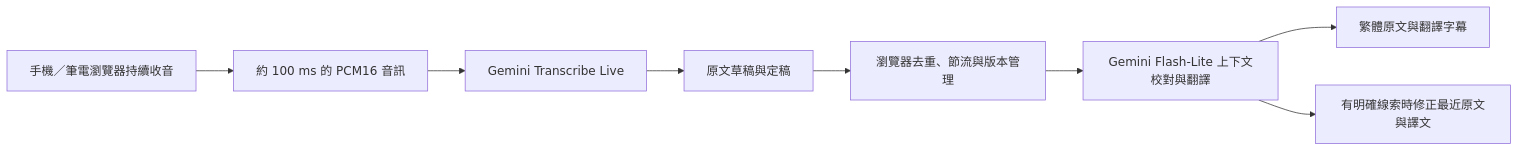
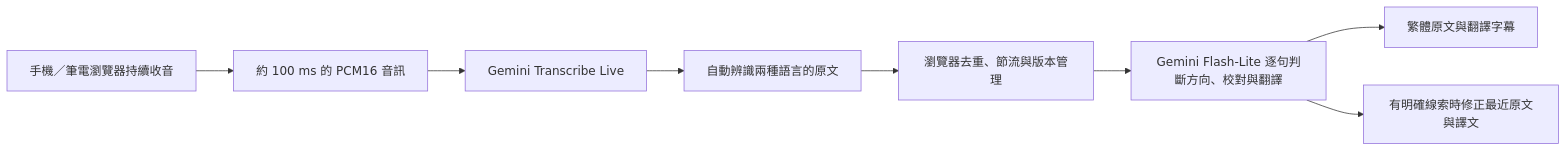
One commit to jerome956123/translator_system changed the diagram in realtime-text/README.zh-TW.md. Above: the diagram before and after it, drawn with Mermaid. The commit also changed other lines of this file and 27 other files, not shown here.

````diff
--- a/realtime-text/README.zh-TW.md
+++ b/realtime-text/README.zh-TW.md
@@ -96,10 +99,10 @@
 ```mermaid
 flowchart LR
     A[手機／筆電瀏覽器持續收音] --> B[約 100 ms 的 PCM16 音訊]
     B --> C[Gemini Transcribe Live]
-    C --> D[原文草稿與定稿]
+    C --> D[自動辨識兩種語言的原文]
     D --> E[瀏覽器去重、節流與版本管理]
-    E --> F[Gemini Flash-Lite 上下文校對與翻譯]
+    E --> F[Gemini Flash-Lite 逐句判斷方向、校對與翻譯]
     F --> G[繁體原文與翻譯字幕]
     F --> H[有明確線索時修正最近原文與譯文]
 ```
````
